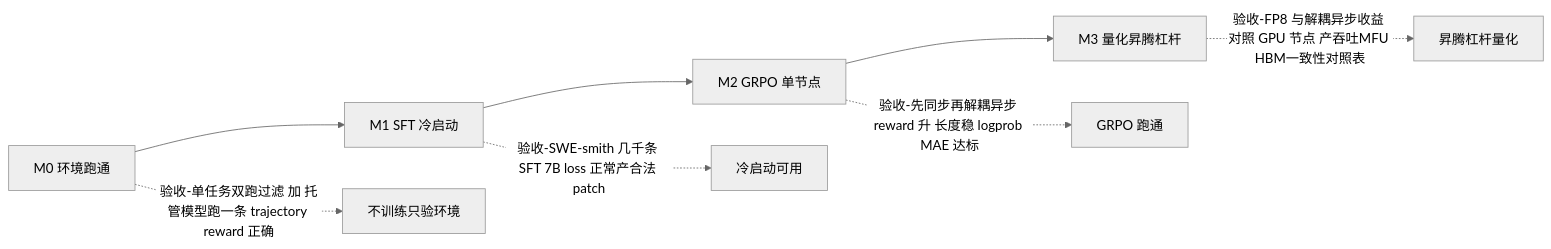
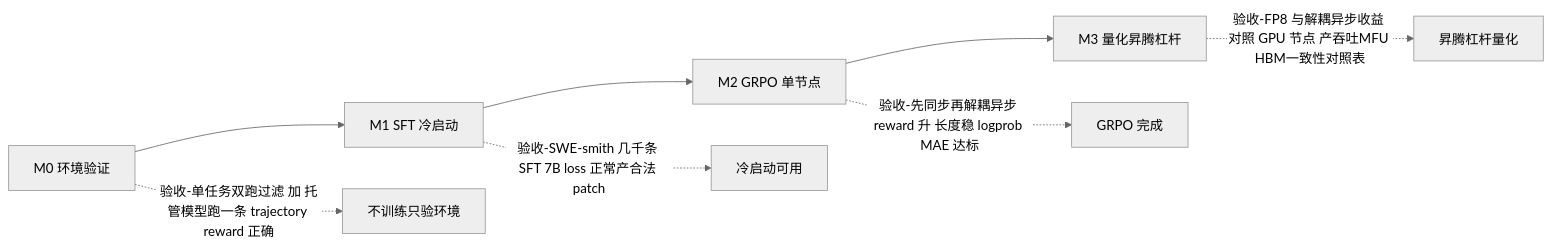
One commit to lloo099/mission44 changed the fifth of 5 diagrams in docs/blog/dispatch-13-swe-rl-on-ascend.md. Above: the diagram before and after it, drawn with Mermaid (neutral theme). The commit also changed other lines of this file and 24 other files, not shown here.

Commit message:
全站文风统一:29 篇按'专业简洁、去口语化'标准批量修订 — 确定性替换 100 处(崩法→失稳模式/洼地→空白领域/占坑→公开工作/黑箱→未公开/datatype 动物园→谱系/押注→投入/护城河→竞争壁垒 等)+ 8 个编辑 agent 分批逐句精修(D24 单篇 38 处;两轮均遇用量上限中断后续跑完成)+ blog.json 摘要 6 处 + 综述残留 2 处. 术语全站一致化; 29 文件 mermaid 全验证 0 errors; 快照页同步重建

````diff
--- a/docs/blog/dispatch-13-swe-rl-on-ascend.md
+++ b/docs/blog/dispatch-13-swe-rl-on-ascend.md
@@ -226,11 +226,11 @@
 ```mermaid
 flowchart LR
-    M0["M0 环境跑通"] --> M1["M1 SFT 冷启动"]
+    M0["M0 环境验证"] --> M1["M1 SFT 冷启动"]
     M1 --> M2["M2 GRPO 单节点"]
     M2 --> M3["M3 量化昇腾杠杆"]
 
     M0 -. "验收-单任务双跑过滤 加 托管模型跑一条 trajectory reward 正确" .-> V0["不训练只验环境"]
     M1 -. "验收-SWE-smith 几千条 SFT 7B loss 正常产合法 patch" .-> V1["冷启动可用"]
-    M2 -. "验收-先同步再解耦异步 reward 升 长度稳 logprob MAE 达标" .-> V2["GRPO 跑通"]
+    M2 -. "验收-先同步再解耦异步 reward 升 长度稳 logprob MAE 达标" .-> V2["GRPO 完成"]
     M3 -. "验收-FP8 与解耦异步收益 对照 GPU 节点 产吞吐MFU HBM一致性对照表" .-> V3["昇腾杠杆量化"]
 ```
````
